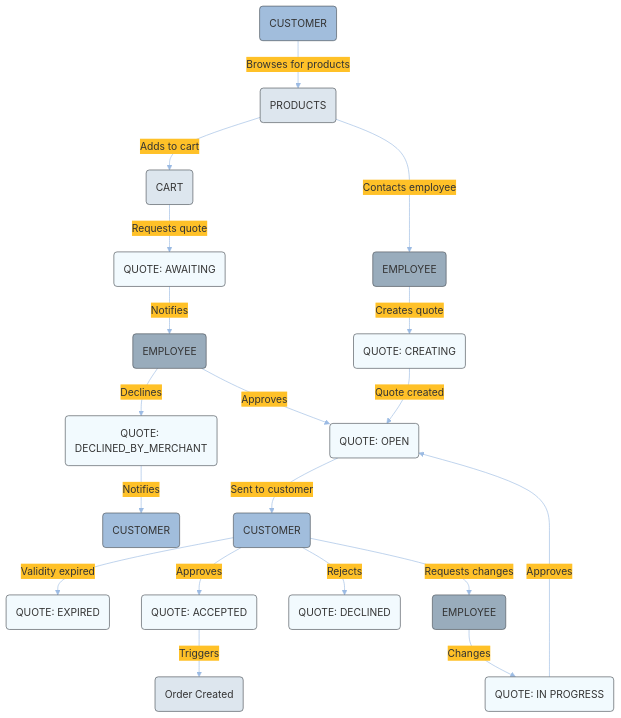
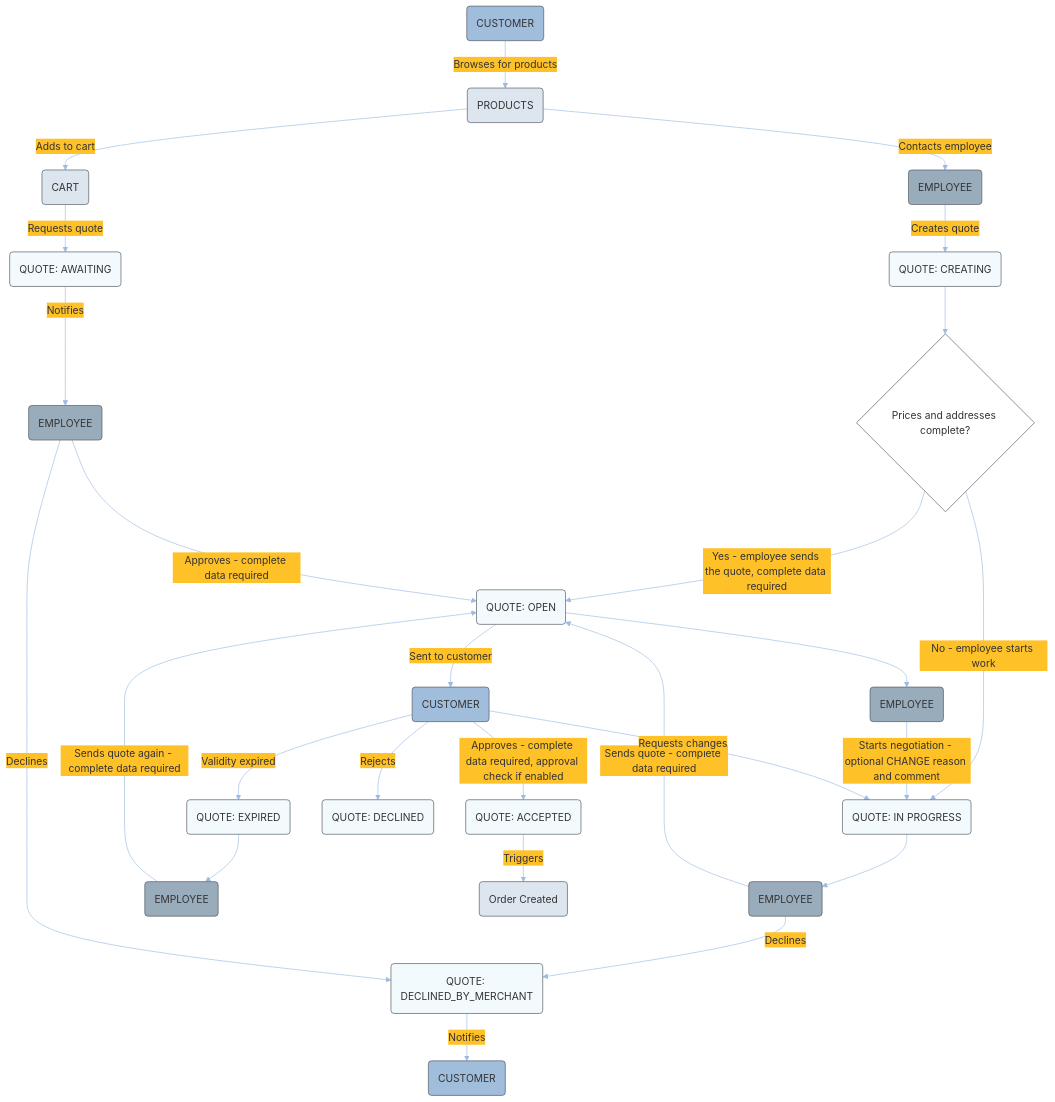
Before and after one commit to emporix/api-references: the diagram in quotes/quote/quote.md, drawn with Mermaid. The commit also changed other lines of this file and 1 other file, not shown here.

Commit message:
COP-7125 docs: quote items without price, quotes without addresses, external price scope
- items can be created without a price (priceStatus, incompletePricing, nullable price)
- billing and shipping addresses are optional when legalEntityId is set
- new scope quote.quote_manage_external_prices, equivalent to cart.cart_manage_external_prices
- errorCode in the error body for the OPEN and ACCEPTED completeness checks
- employee can change the status CREATING/OPEN -> IN_PROGRESS, the reason is optional
- PATCH /items/{itemId}/price changes only totalNetValue
- align the contract with the code: itemId in the response, PDF scope, status values, shipping and price required fields
- correct the external price examples in the guide and replace the status flow diagram

````diff
--- a/quotes/quote/quote.md
+++ b/quotes/quote/quote.md
@@ -65,66 +66,77 @@
 ```mermaid
 ---
 config:
   layout: fixed
   theme: base
   look: classic
   themeVariables:
     background: transparent
     lineColor: "#9CBBE3"
     arrowheadColor: "#9CBBE3"
-    edgeLabelBackground: "#FFC128" 
+    edgeLabelBackground: "#FFC128"
     edgeLabelTextColor: "#4C5359"
     actorBorder: '#4C5359'
 ---
 graph TD
     CUSTOMER1(CUSTOMER)
     PRODUCTS(PRODUCTS)
-    
+
     CUSTOMER1 -->|Browses for products| PRODUCTS
-    
-    PRODUCTS -->|Adds to cart| CART(CART)    
+
+    PRODUCTS -->|Adds to cart| CART(CART)
     PRODUCTS -->|Contacts employee| EMPLOYEE1(EMPLOYEE)
-    
+
     EMPLOYEE1 -->|Creates quote| CREATING(QUOTE: CREATING)
     CART -->|Requests quote| QUOTE_REQUEST(QUOTE: AWAITING)
-    
+
     QUOTE_REQUEST -->|Notifies| EMPLOYEE2(EMPLOYEE)
-    
-    CREATING -->|Quote created| OPEN(QUOTE: OPEN)
-    
-    IN_PROGRESS -->|Approves| OPEN   
-    EMPLOYEE2 -->|Declines| DECLINED_MERCHANT(QUOTE: DECLINED_BY_MERCHANT) 
-    EMPLOYEE2 -->|Approves| OPEN
-    
+
+    CREATING --> COMPLETE{Prices and addresses complete?}
+    COMPLETE -->|Yes - employee sends the quote, complete data required| OPEN(QUOTE: OPEN)
+    COMPLETE -->|No - employee starts work| IN_PROGRESS(QUOTE: IN PROGRESS)
+
+    IN_PROGRESS --> EMPLOYEE3(EMPLOYEE)
+    EMPLOYEE3 -->|Sends quote - complete data required| OPEN
+    EMPLOYEE3 -->|Declines| DECLINED_MERCHANT
+
+    EMPLOYEE2 -->|Declines| DECLINED_MERCHANT(QUOTE: DECLINED_BY_MERCHANT)
+    EMPLOYEE2 -->|Approves - complete data required| OPEN
+
     DECLINED_MERCHANT -->|Notifies| CUSTOMER3(CUSTOMER)
 
     CUSTOMER2 -->|Validity expired| EXPIRED(QUOTE: EXPIRED)
-    
+    EXPIRED --> EMPLOYEE5(EMPLOYEE)
+    EMPLOYEE5 -->|Sends quote again - complete data required| OPEN
+
     OPEN -->|Sent to customer| CUSTOMER2(CUSTOMER)
-    
-    CUSTOMER2 -->|Approves| ACCEPTED(QUOTE: ACCEPTED)
+    OPEN --> EMPLOYEE4(EMPLOYEE)
+    EMPLOYEE4 -->|Starts negotiation - optional CHANGE reason and comment| IN_PROGRESS
+
+    CUSTOMER2 -->|Approves - complete data required, approval check if enabled| ACCEPTED(QUOTE: ACCEPTED)
     CUSTOMER2 -->|Rejects| DECLINED(QUOTE: DECLINED)
-    CUSTOMER2 -->|Requests changes| EMPLOYEE3(EMPLOYEE)
-    EMPLOYEE3 -->|Changes| IN_PROGRESS(QUOTE: IN PROGRESS)
-    
+    CUSTOMER2 -->|Requests changes| IN_PROGRESS
+
     ACCEPTED -->|Triggers| ORDER(Order Created)
-    
+
     style CREATING fill:#F2FAFE, stroke:#4C5359
     style OPEN fill:#F2FAFE, stroke:#4C5359
     style IN_PROGRESS fill:#F2FAFE, stroke:#4C5359
     style ACCEPTED fill:#F2FAFE, stroke:#4C5359
     style DECLINED fill:#F2FAFE, stroke:#4C5359
     style DECLINED_MERCHANT fill:#F2FAFE, stroke:#4C5359
     style EXPIRED fill:#F2FAFE, stroke:#4C5359
+    style COMPLETE fill:#FFFFFF, stroke:#4C5359
 
     style CUSTOMER1 fill:#A1BDDC, stroke:#4C5359
     style CUSTOMER2 fill:#A1BDDC, stroke:#4C5359
     style CUSTOMER3 fill:#A1BDDC, stroke:#4C5359
     style EMPLOYEE1 fill:#99ACBC, stroke:#4C5359
     style EMPLOYEE2 fill:#99ACBC, stroke:#4C5359
     style EMPLOYEE3 fill:#99ACBC, stroke:#4C5359
+    style EMPLOYEE4 fill:#99ACBC, stroke:#4C5359
+    style EMPLOYEE5 fill:#99ACBC, stroke:#4C5359
     style CART fill:#DDE6EE, stroke:#4C5359
     style PRODUCTS fill:#DDE6EE, stroke:#4C5359
     style QUOTE_REQUEST fill:#F2FAFE, stroke:#4C5359
     style ORDER fill:#DDE6EE, stroke:#4C5359
 ```
````
